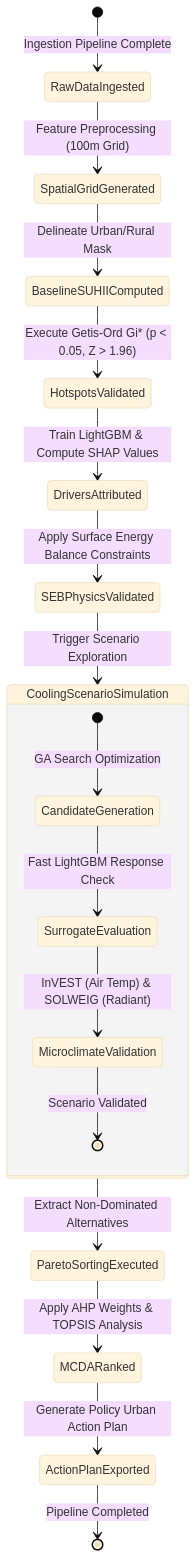
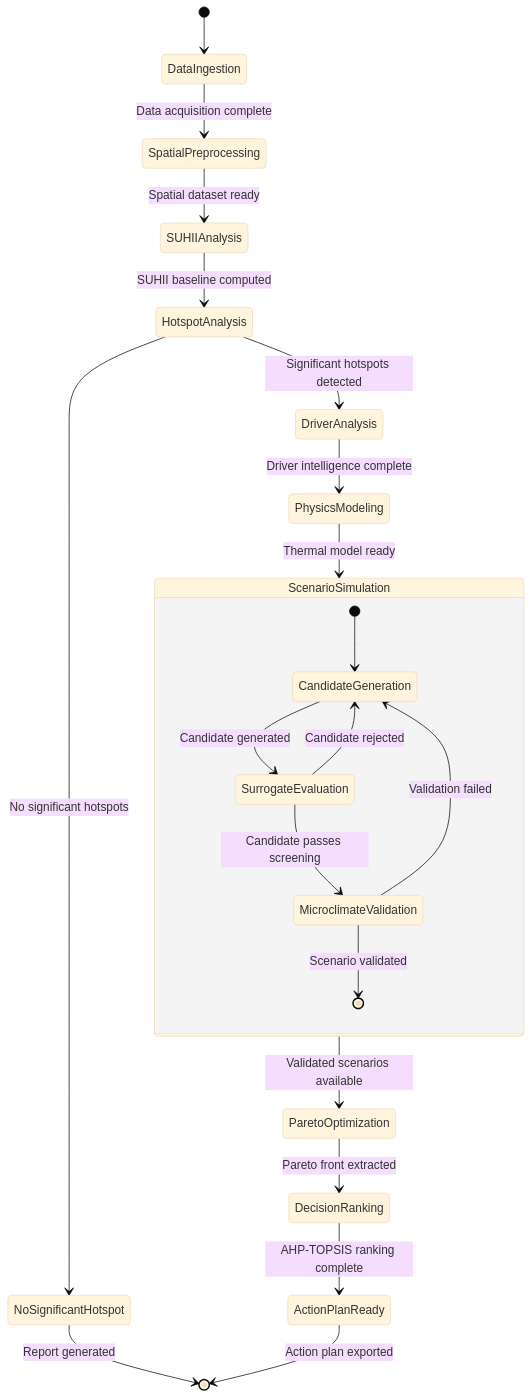
One commit to Joel-Masilamani/Boreas_Nexus changed the sixth of 8 diagrams in README.md. Above: the diagram before and after it, drawn with Mermaid (base theme). The commit also changed other lines of this file, not shown here.

First line of the commit message:
Revise diagrams in README for clarity and detail

````diff
--- a/README.md
+++ b/README.md
@@ -524,31 +713,39 @@
 ```mermaid
 stateDiagram-v2
-    [*] --> RawDataIngested : Ingestion Pipeline Complete
-    
-    RawDataIngested --> SpatialGridGenerated : Feature Preprocessing (100m Grid)
-    
-    SpatialGridGenerated --> BaselineSUHIIComputed : Delineate Urban/Rural Mask
-    
-    BaselineSUHIIComputed --> HotspotsValidated : Execute Getis-Ord Gi* (p < 0.05, Z > 1.96)
-    
-    HotspotsValidated --> DriversAttributed : Train LightGBM & Compute SHAP Values
-    
-    DriversAttributed --> SEBPhysicsValidated : Apply Surface Energy Balance Constraints
-    
-    state CoolingScenarioSimulation {
-        [*] --> CandidateGeneration : GA Search Optimization
-        CandidateGeneration --> SurrogateEvaluation : Fast LightGBM Response Check
-        SurrogateEvaluation --> MicroclimateValidation : InVEST (Air Temp) & SOLWEIG (Radiant)
-        MicroclimateValidation --> [*] : Scenario Validated
+    [*] --> DataIngestion
+
+    DataIngestion --> SpatialPreprocessing : Data acquisition complete
+
+    SpatialPreprocessing --> SUHIIAnalysis : Spatial dataset ready
+
+    SUHIIAnalysis --> HotspotAnalysis : SUHII baseline computed
+
+    HotspotAnalysis --> NoSignificantHotspot : No significant hotspots
+    HotspotAnalysis --> DriverAnalysis : Significant hotspots detected
+
+    NoSignificantHotspot --> [*] : Report generated
+
+    DriverAnalysis --> PhysicsModeling : Driver intelligence complete
+
+    PhysicsModeling --> ScenarioSimulation : Thermal model ready
+
+    state ScenarioSimulation {
+        [*] --> CandidateGeneration
+
+        CandidateGeneration --> SurrogateEvaluation : Candidate generated
+
+        SurrogateEvaluation --> MicroclimateValidation : Candidate passes screening
+        SurrogateEvaluation --> CandidateGeneration : Candidate rejected
+
+        MicroclimateValidation --> CandidateGeneration : Validation failed
+        MicroclimateValidation --> [*] : Scenario validated
     }
 
-    SEBPhysicsValidated --> CoolingScenarioSimulation : Trigger Scenario Exploration
-    
-    CoolingScenarioSimulation --> ParetoSortingExecuted : Extract Non-Dominated Alternatives
-    
-    ParetoSortingExecuted --> MCDARanked : Apply AHP Weights & TOPSIS Analysis
-    
-    MCDARanked --> ActionPlanExported : Generate Policy Urban Action Plan
-    
-    ActionPlanExported --> [*] : Pipeline Completed
+    ScenarioSimulation --> ParetoOptimization : Validated scenarios available
+
+    ParetoOptimization --> DecisionRanking : Pareto front extracted
+
+    DecisionRanking --> ActionPlanReady : AHP-TOPSIS ranking complete
+
+    ActionPlanReady --> [*] : Action plan exported
 ```
````
